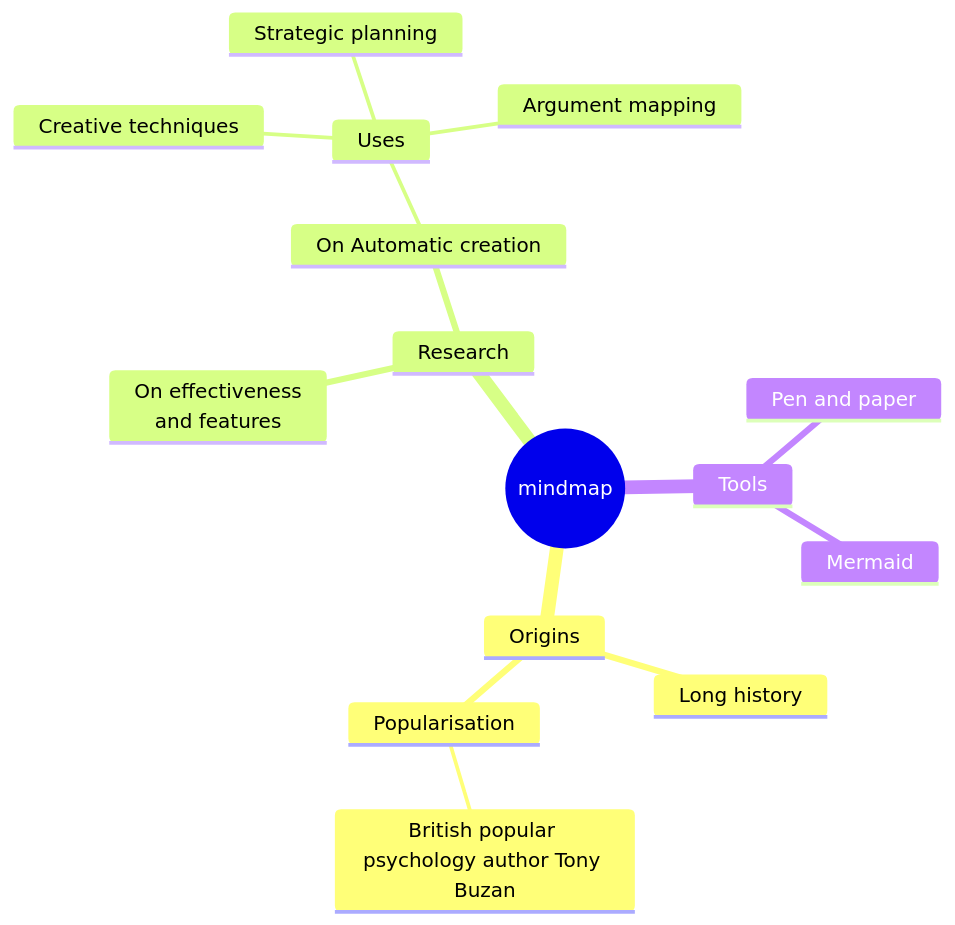
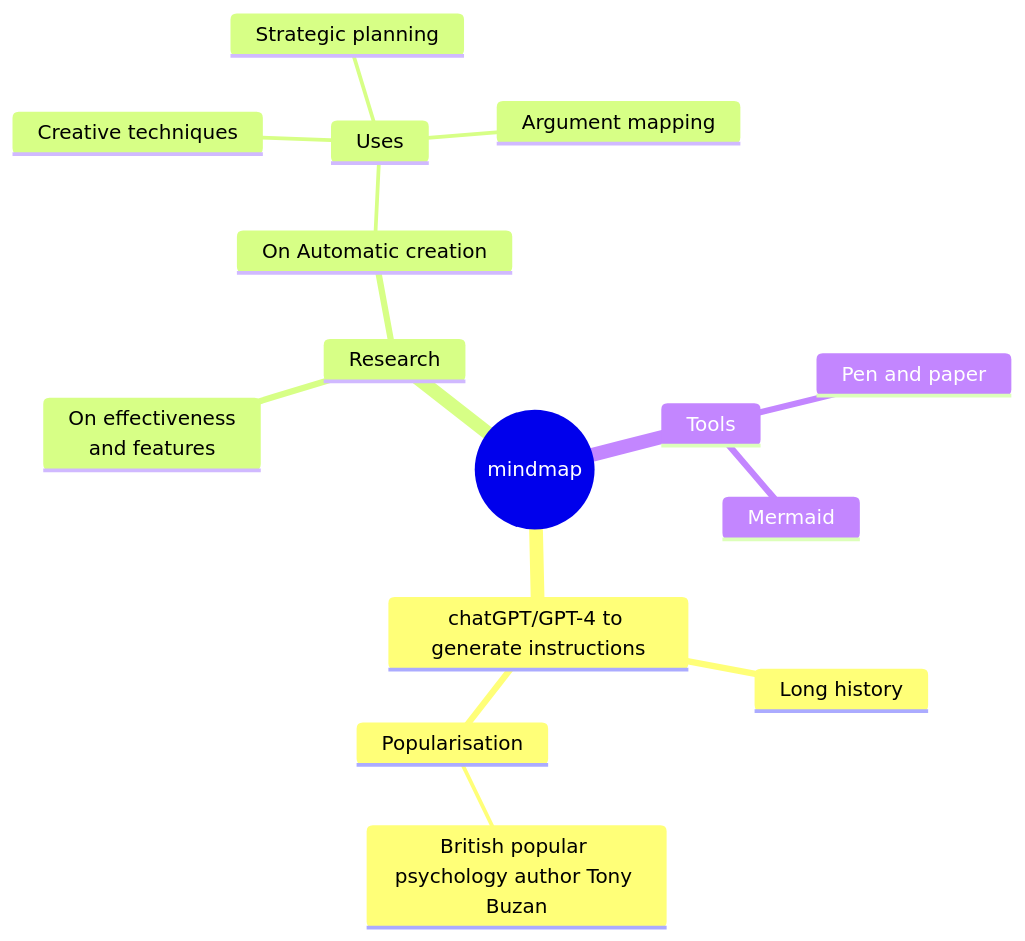
Before and after one commit to langbridgeai/Open-Instructions: the diagram in README.md, drawn with Mermaid.

````diff
--- a/README.md
+++ b/README.md
@@ -62,21 +62,21 @@
 ```mermaid
 mindmap
   root((mindmap))
-    Origins
+    chatGPT/GPT-4 to generate instructions
       Long history
       ::icon(fa fa-book)
       Popularisation
         British popular psychology author Tony Buzan
     Research
       On effectiveness<br/>and features
       On Automatic creation
         Uses
             Creative techniques
             Strategic planning
             Argument mapping
     Tools
       Pen and paper
       Mermaid
 
 
 ```
````
